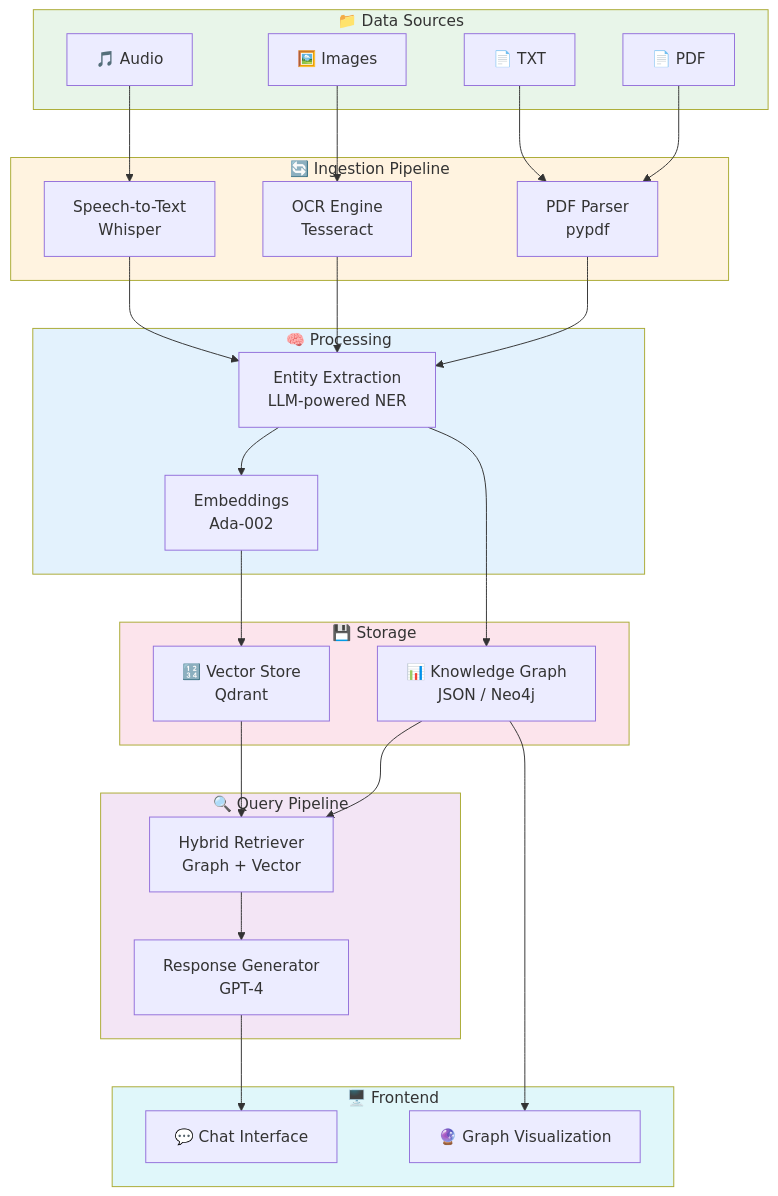
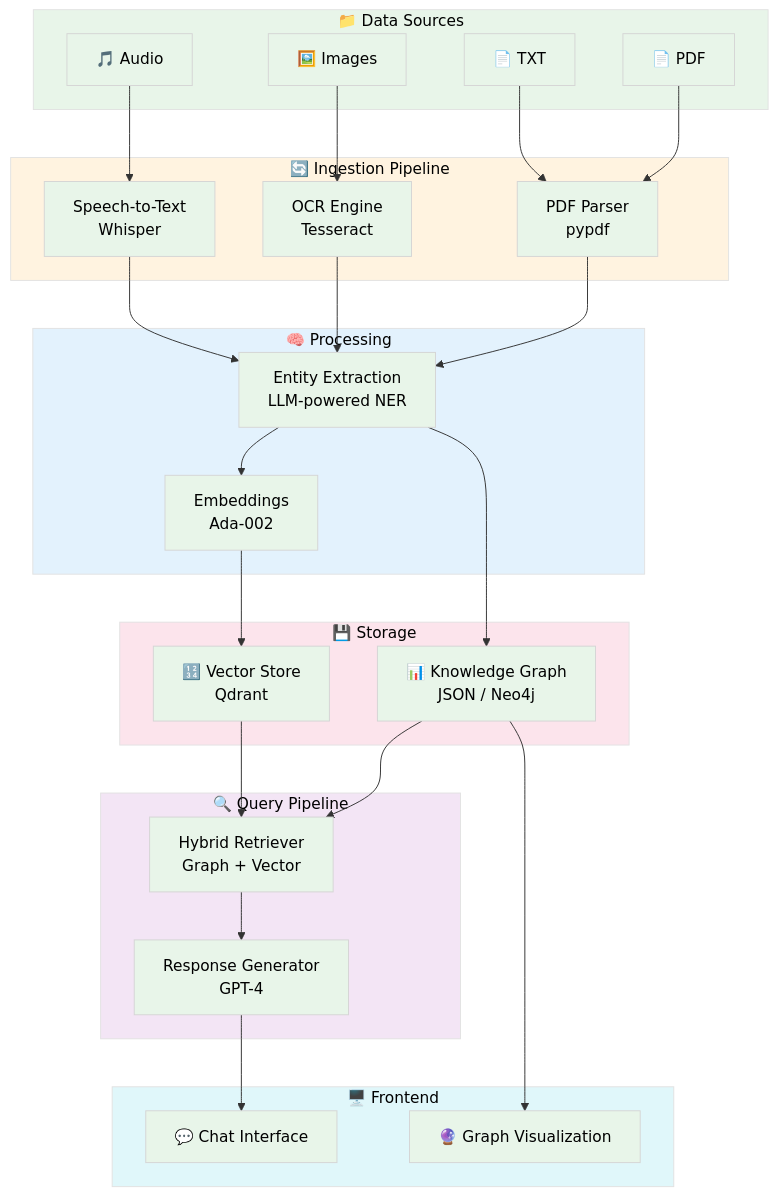
The diagram in README.md (anirudhk-tech/Pokedex), drawn with Mermaid before and after one commit. The commit also changed 2 other files, not shown here.

Commit message:
update(docs): finalize documentation

````diff
--- a/README.md
+++ b/README.md
@@ -97,62 +97,63 @@
 ```mermaid
+%%{init: {'theme': 'base', 'themeVariables': { 'primaryTextColor': '#000000', 'secondaryTextColor': '#000000', 'tertiaryTextColor': '#000000', 'lineColor': '#333333', 'primaryColor': '#e8f5e9', 'secondaryColor': '#fff3e0'}}}%%
 flowchart TB
     subgraph Sources["📁 Data Sources"]
         PDF["📄 PDF"]
         TXT["📄 TXT"]
         IMG["🖼️ Images"]
         AUD["🎵 Audio"]
     end
 
     subgraph Ingestion["🔄 Ingestion Pipeline"]
         PARSE["PDF Parser<br/>pypdf"]
         OCR["OCR Engine<br/>Tesseract"]
         ASR["Speech-to-Text<br/>Whisper"]
     end
 
     subgraph Processing["🧠 Processing"]
         NER["Entity Extraction<br/>LLM-powered NER"]
         EMB["Embeddings<br/>Ada-002"]
     end
 
     subgraph Storage["💾 Storage"]
         GRAPH["📊 Knowledge Graph<br/>JSON / Neo4j"]
         VECTOR["🔢 Vector Store<br/>Qdrant"]
     end
 
     subgraph Query["🔍 Query Pipeline"]
         HYBRID["Hybrid Retriever<br/>Graph + Vector"]
         LLM["Response Generator<br/>GPT-4"]
     end
 
     subgraph UI["🖥️ Frontend"]
         CHAT["💬 Chat Interface"]
         VIZ["🔮 Graph Visualization"]
     end
 
     PDF --> PARSE
     TXT --> PARSE
     IMG --> OCR
     AUD --> ASR
 
     PARSE --> NER
     OCR --> NER
     ASR --> NER
 
     NER --> GRAPH
     NER --> EMB
     EMB --> VECTOR
 
     GRAPH --> HYBRID
     VECTOR --> HYBRID
     HYBRID --> LLM
 
     LLM --> CHAT
     GRAPH --> VIZ
 
     style Sources fill:#e8f5e9
     style Ingestion fill:#fff3e0
     style Processing fill:#e3f2fd
     style Storage fill:#fce4ec
     style Query fill:#f3e5f5
     style UI fill:#e0f7fa
 ```
````
